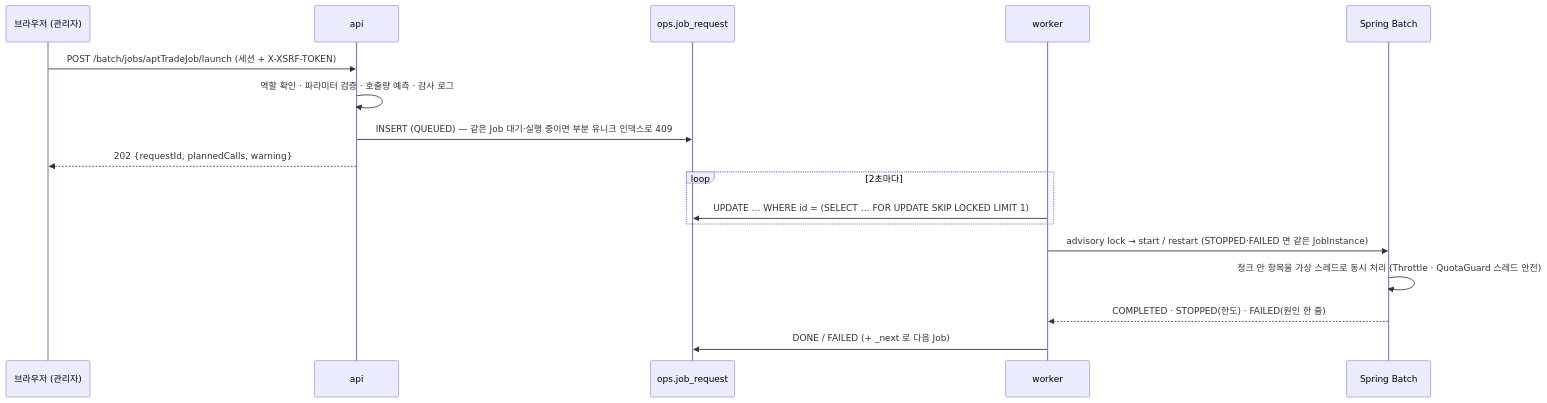
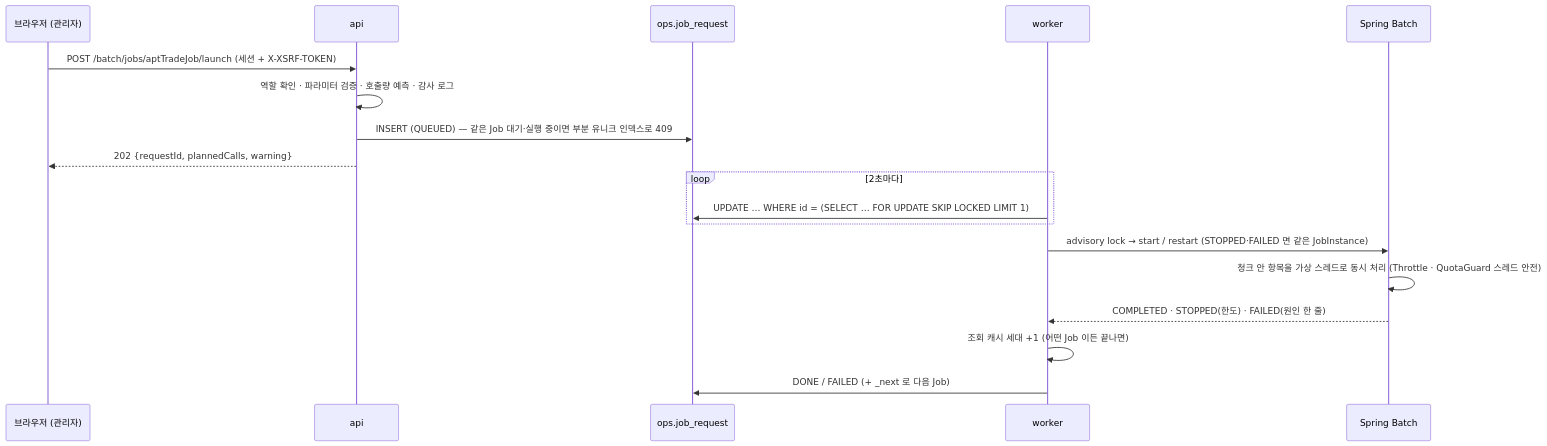
The second of 2 diagrams in README.md (Jinyoung-Kang/buildrisk-radar), drawn with Mermaid before and after one commit. The commit also changed other lines of this file and 65 other files, not shown here.

````diff
--- a/README.md
+++ b/README.md
@@ -137,19 +138,20 @@
 ```mermaid
 sequenceDiagram
   participant B as 브라우저 (관리자)
   participant A as api
   participant Q as ops.job_request
   participant W as worker
   participant J as Spring Batch
   B->>A: POST /batch/jobs/aptTradeJob/launch (세션 + X-XSRF-TOKEN)
   A->>A: 역할 확인 · 파라미터 검증 · 호출량 예측 · 감사 로그
   A->>Q: INSERT (QUEUED) — 같은 Job 대기·실행 중이면 부분 유니크 인덱스로 409
   A-->>B: 202 {requestId, plannedCalls, warning}
   loop 2초마다
     W->>Q: UPDATE … WHERE id = (SELECT … FOR UPDATE SKIP LOCKED LIMIT 1)
   end
   W->>J: advisory lock → start / restart (STOPPED·FAILED 면 같은 JobInstance)
   J->>J: 청크 안 항목을 가상 스레드로 동시 처리 (Throttle · QuotaGuard 스레드 안전)
   J-->>W: COMPLETED · STOPPED(한도) · FAILED(원인 한 줄)
+  W->>W: 조회 캐시 세대 +1 (어떤 Job 이든 끝나면)
   W->>Q: DONE / FAILED (+ _next 로 다음 Job)
 ```
````
